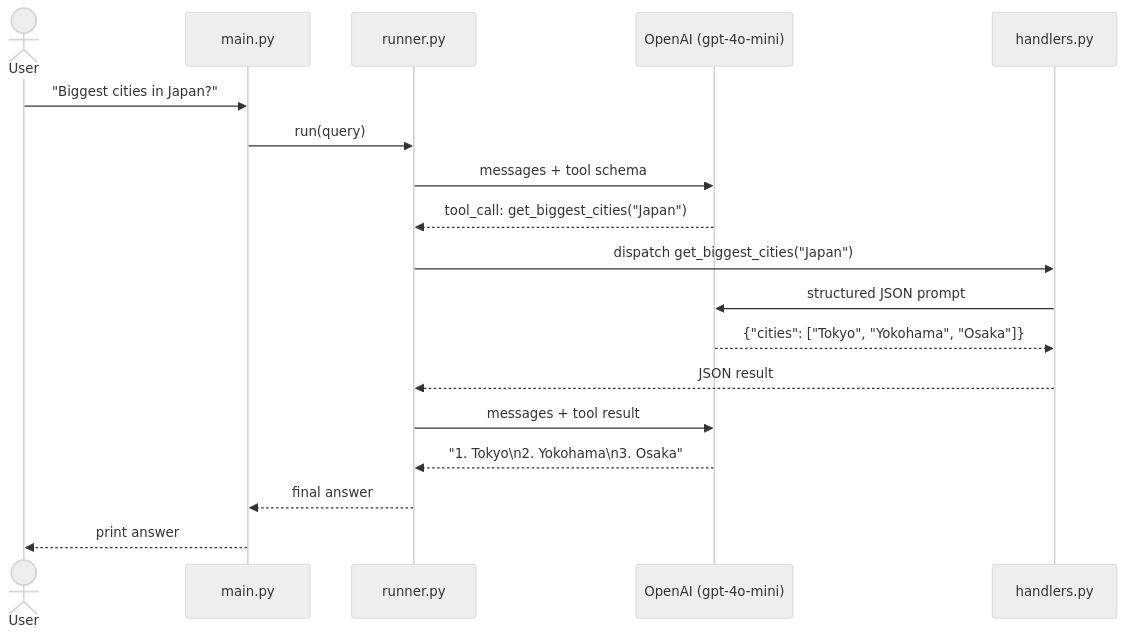
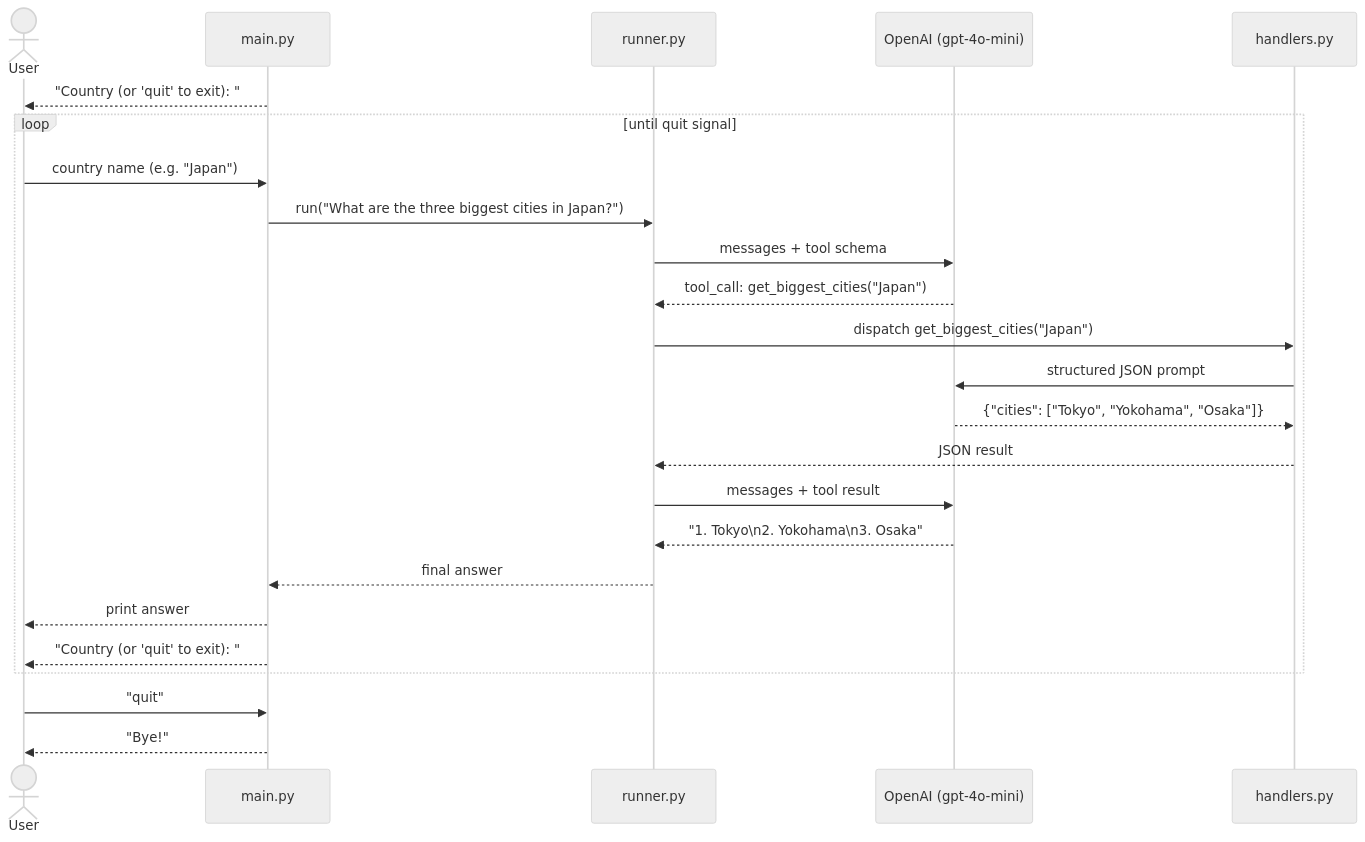
The diagram in README.md (sconde2020/openai-sdk-demo), drawn with Mermaid (neutral theme) before and after one commit.

````diff
--- a/README.md
+++ b/README.md
@@ -85,25 +85,35 @@
 ```mermaid
 sequenceDiagram
     actor User
     participant main.py
     participant runner.py
     participant OpenAI as OpenAI (gpt-4o-mini)
     participant handlers.py
 
-    User->>main.py: "Biggest cities in Japan?"
-    main.py->>runner.py: run(query)
+    main.py-->>User: "Country (or 'quit' to exit): "
 
-    runner.py->>OpenAI: messages + tool schema
-    OpenAI-->>runner.py: tool_call: get_biggest_cities("Japan")
+    loop until quit signal
+        User->>main.py: country name (e.g. "Japan")
 
-    runner.py->>handlers.py: dispatch get_biggest_cities("Japan")
-    handlers.py->>OpenAI: structured JSON prompt
-    OpenAI-->>handlers.py: {"cities": ["Tokyo", "Yokohama", "Osaka"]}
-    handlers.py-->>runner.py: JSON result
+        main.py->>runner.py: run("What are the three biggest cities in Japan?")
 
-    runner.py->>OpenAI: messages + tool result
-    OpenAI-->>runner.py: "1. Tokyo\n2. Yokohama\n3. Osaka"
+        runner.py->>OpenAI: messages + tool schema
+        OpenAI-->>runner.py: tool_call: get_biggest_cities("Japan")
 
-    runner.py-->>main.py: final answer
-    main.py-->>User: print answer
+        runner.py->>handlers.py: dispatch get_biggest_cities("Japan")
+        handlers.py->>OpenAI: structured JSON prompt
+        OpenAI-->>handlers.py: {"cities": ["Tokyo", "Yokohama", "Osaka"]}
+        handlers.py-->>runner.py: JSON result
+
+        runner.py->>OpenAI: messages + tool result
+        OpenAI-->>runner.py: "1. Tokyo\n2. Yokohama\n3. Osaka"
+
+        runner.py-->>main.py: final answer
+        main.py-->>User: print answer
+
+        main.py-->>User: "Country (or 'quit' to exit): "
+    end
+
+    User->>main.py: "quit"
+    main.py-->>User: "Bye!"
 ```
````
